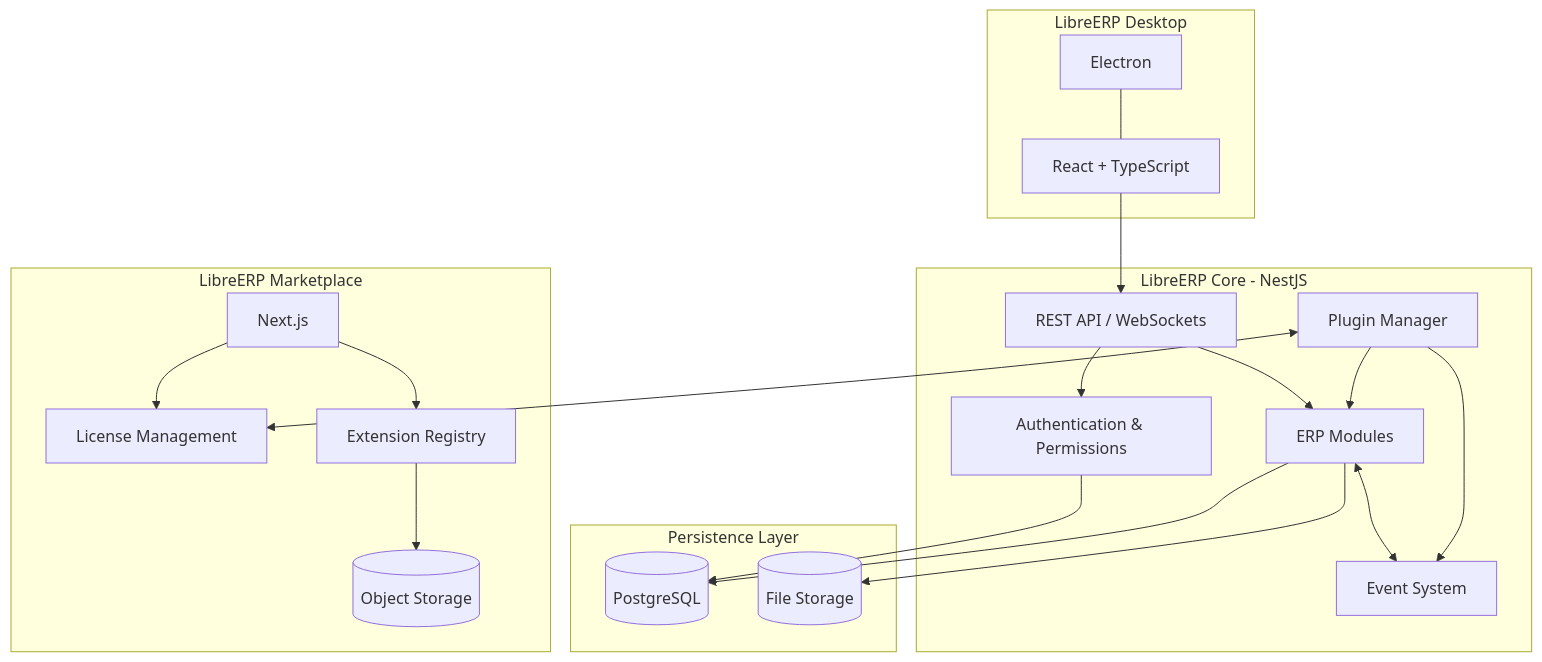
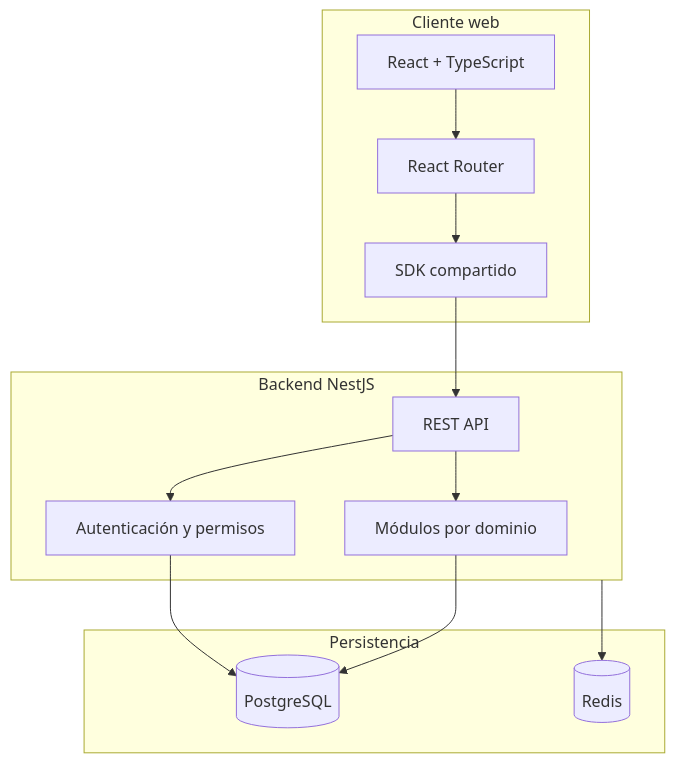
Before and after one commit to MiguelFoliaco/libre-erp: the diagram in README.md, drawn with Mermaid. The commit also changed other lines of this file, not shown here.

Commit message:
feat(readme): update project description and add planned features for sales and reporting modules

````diff
--- a/README.md
+++ b/README.md
@@ -31,44 +67,28 @@
 ```mermaid
 flowchart TB
-    subgraph Desktop["LibreERP Desktop"]
-        Electron["Electron"]
+    subgraph Cliente["Cliente web"]
         React["React + TypeScript"]
-        Electron --- React
+        Router["React Router"]
+        SDK["SDK compartido"]
+        React --> Router
+        Router --> SDK
     end
 
-    subgraph Core["LibreERP Core - NestJS"]
-        API["REST API / WebSockets"]
-        Auth["Authentication & Permissions"]
-        Modules["ERP Modules"]
-        Events["Event System"]
-        Plugins["Plugin Manager"]
-
+    subgraph Backend["Backend NestJS"]
+        API["REST API"]
+        Auth["Autenticación y permisos"]
+        Modules["Módulos por dominio"]
         API --> Auth
         API --> Modules
-        Modules <--> Events
-        Plugins --> Events
-        Plugins --> Modules
     end
 
-    subgraph Database["Persistence Layer"]
+    subgraph Datos["Persistencia"]
         PostgreSQL[("PostgreSQL")]
-        Storage[("File Storage")]
+        Redis[("Redis")]
     end
 
-    subgraph Marketplace["LibreERP Marketplace"]
-        Next["Next.js"]
-        License["License Management"]
-        Extensions["Extension Registry"]
-        MarketplaceStorage[("Object Storage")]
-    end
-
-    React --> API
+    SDK --> API
     Auth --> PostgreSQL
     Modules --> PostgreSQL
-    Modules --> Storage
-
-    Plugins <--> License
-    Next --> License
-    Next --> Extensions
-    Extensions --> MarketplaceStorage
+    Backend --> Redis
 ```
````
